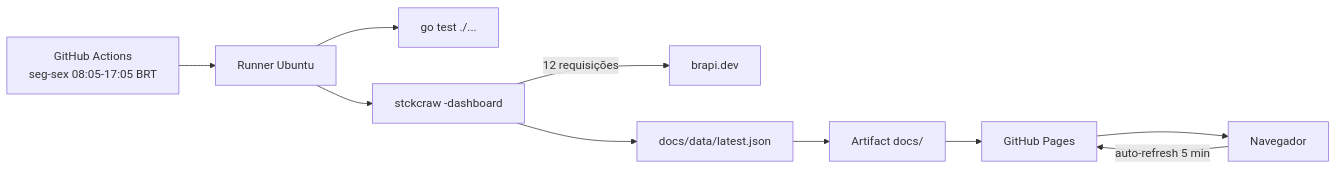
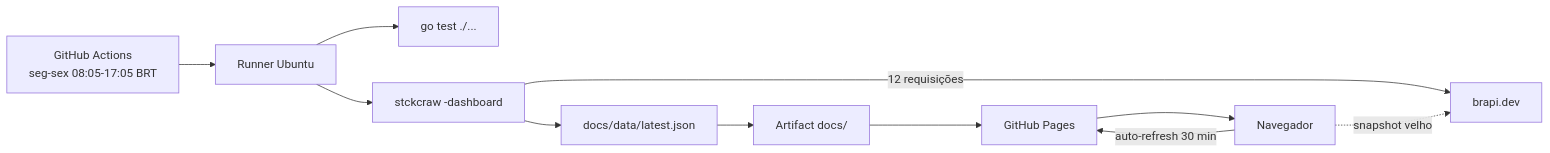
The diagram in README.md (fabianoflorentino/stckcraw), drawn with Mermaid before and after one commit. The commit also changed other lines of this file and 3 other files, not shown here.

Commit message:
feat(dashboard): fetch brapi in the browser when snapshot is stale

````diff
--- a/README.md
+++ b/README.md
@@ -25,12 +25,13 @@
 ```mermaid
 flowchart LR
   cron["GitHub Actions<br/>seg-sex 08:05-17:05 BRT"] --> runner["Runner Ubuntu"]
   runner --> test["go test ./..."]
   runner --> crawler["stckcraw -dashboard"]
   crawler -->|12 requisições| brapi["brapi.dev"]
   crawler --> json["docs/data/latest.json"]
   json --> artifact["Artifact docs/"]
   artifact --> pages["GitHub Pages"]
   pages --> user["Navegador"]
-  user -->|auto-refresh 5 min| pages
+  user -->|auto-refresh 30 min| pages
+  user -.->|snapshot velho| brapi
 ```
````
